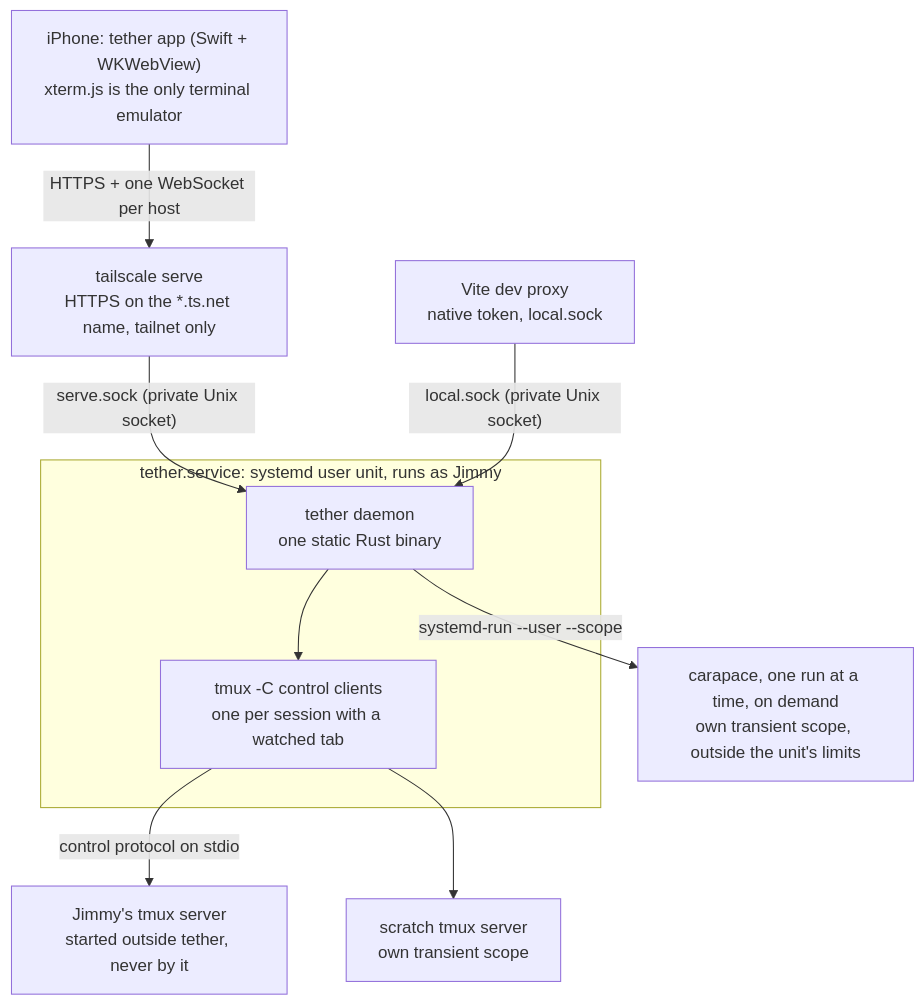
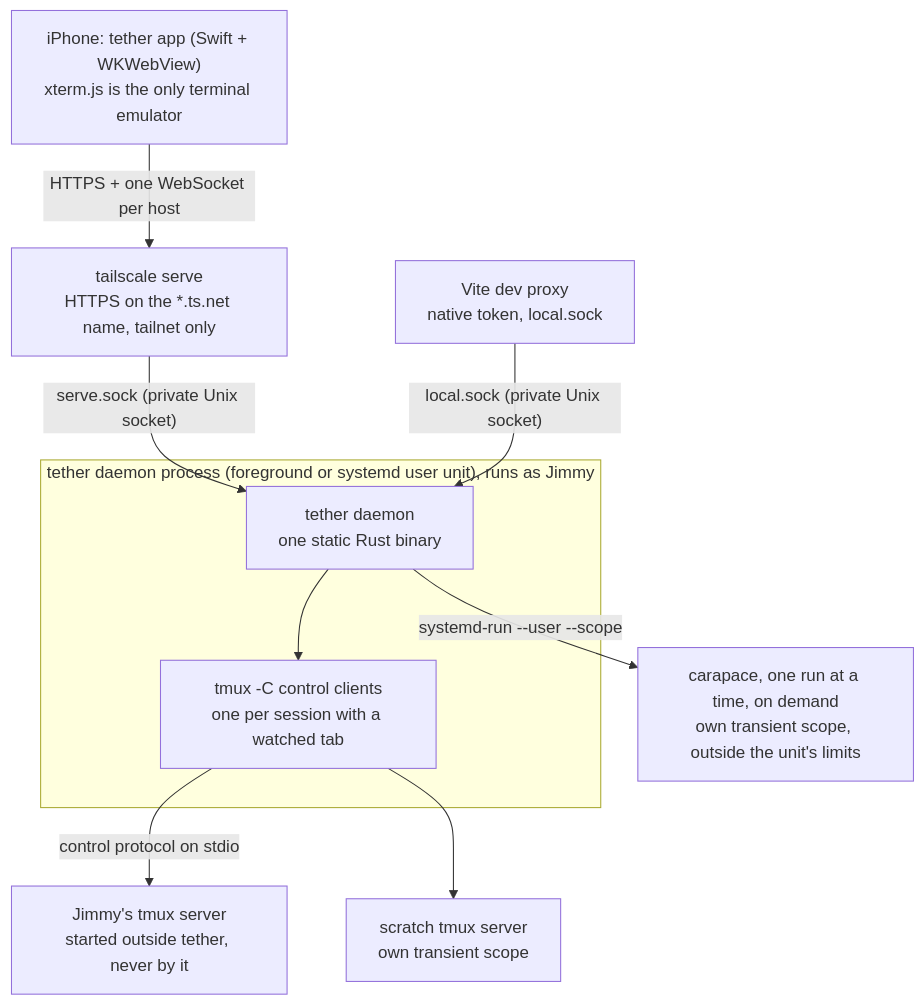
One commit to haowjy/tether changed the diagram in docs/design/plan.md. Above: the diagram before and after it, drawn with Mermaid. The commit also changed other lines of this file and 14 other files, not shown here.

Commit message:
Run tether setup in the foreground by default

````diff
--- a/docs/design/plan.md
+++ b/docs/design/plan.md
@@ -96,20 +97,20 @@
 ```mermaid
 flowchart TB
   phone["iPhone: tether app (Swift + WKWebView)<br/>xterm.js is the only terminal emulator"]
   serve["tailscale serve<br/>HTTPS on the *.ts.net name, tailnet only"]
-  subgraph unit["tether.service: systemd user unit, runs as Jimmy"]
+  subgraph unit["tether daemon process (foreground or systemd user unit), runs as Jimmy"]
     daemon["tether daemon<br/>one static Rust binary"]
     cc["tmux -C control clients<br/>one per session with a watched tab"]
   end
   dev["Vite dev proxy<br/>native token, local.sock"]
   carapace["carapace, one run at a time, on demand<br/>own transient scope, outside the unit's limits"]
   tmux["Jimmy's tmux server<br/>started outside tether, never by it"]
   scratch["scratch tmux server<br/>own transient scope"]
   phone -- "HTTPS + one WebSocket per host" --> serve
   serve -- "serve.sock (private Unix socket)" --> daemon
   dev -- "local.sock (private Unix socket)" --> daemon
   daemon --> cc
   cc -- "control protocol on stdio" --> tmux
   cc --> scratch
   daemon -- "systemd-run --user --scope" --> carapace
 ```
````
